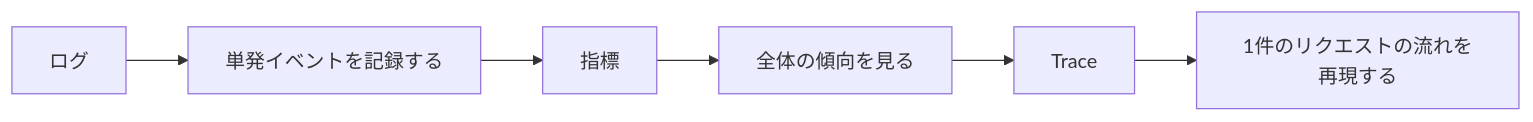
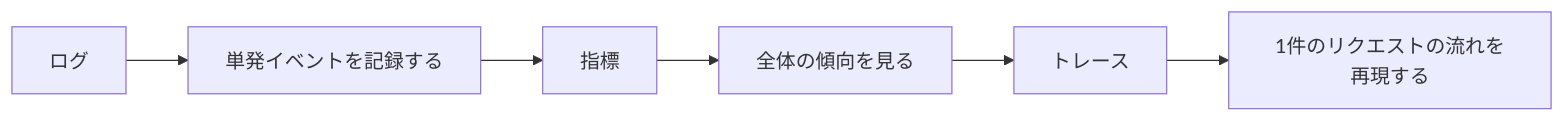
One commit to oudbiao/AI-fullstack-course changed the diagram in i18n/ja/docusaurus-plugin-content-docs/current/ch08-rag/ch04-engineering/03-logging-monitoring.md. Above: the diagram before and after it, drawn with Mermaid. The commit also changed other lines of this file and 252 other files, not shown here.

````diff
--- a/i18n/ja/docusaurus-plugin-content-docs/current/ch08-rag/ch04-engineering/03-logging-monitoring.md
+++ b/i18n/ja/docusaurus-plugin-content-docs/current/ch08-rag/ch04-engineering/03-logging-monitoring.md
@@ -47,8 +47,8 @@
 ```mermaid
 flowchart LR
     A["ログ"] --> B["単発イベントを記録する"]
     B --> C["指標"]
     C --> D["全体の傾向を見る"]
-    D --> E["Trace"]
+    D --> E["トレース"]
     E --> F["1件のリクエストの流れを再現する"]
 ```
````
